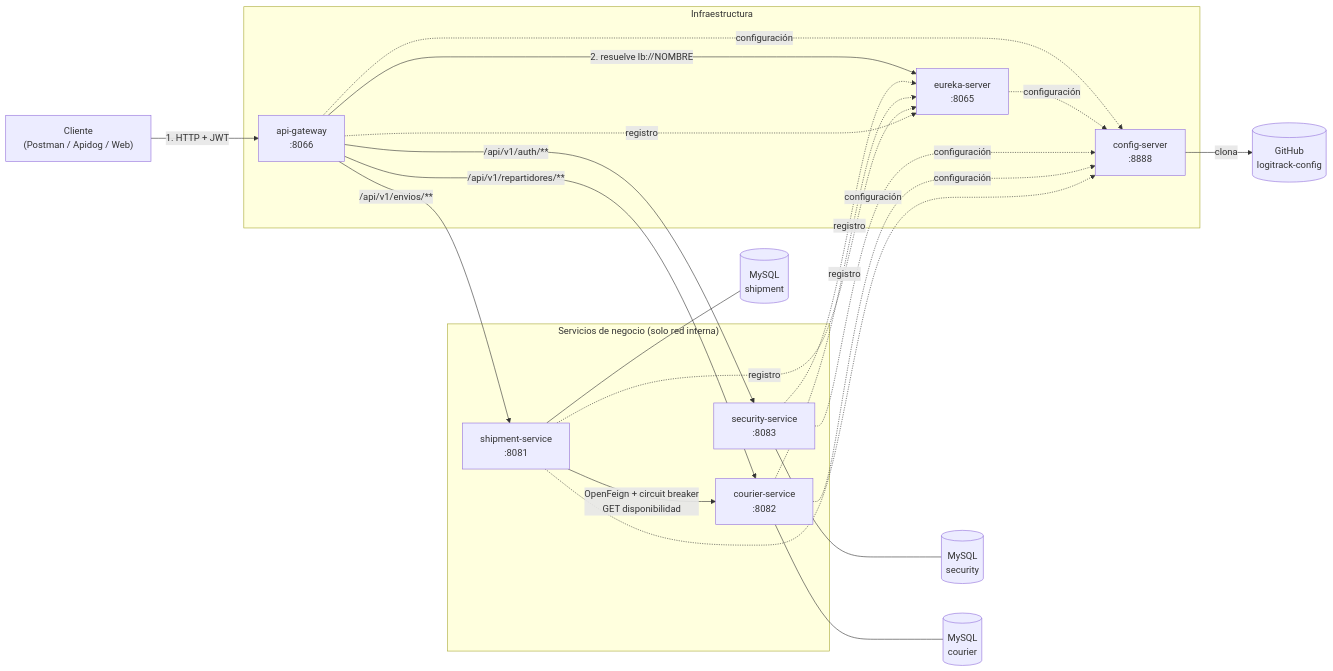
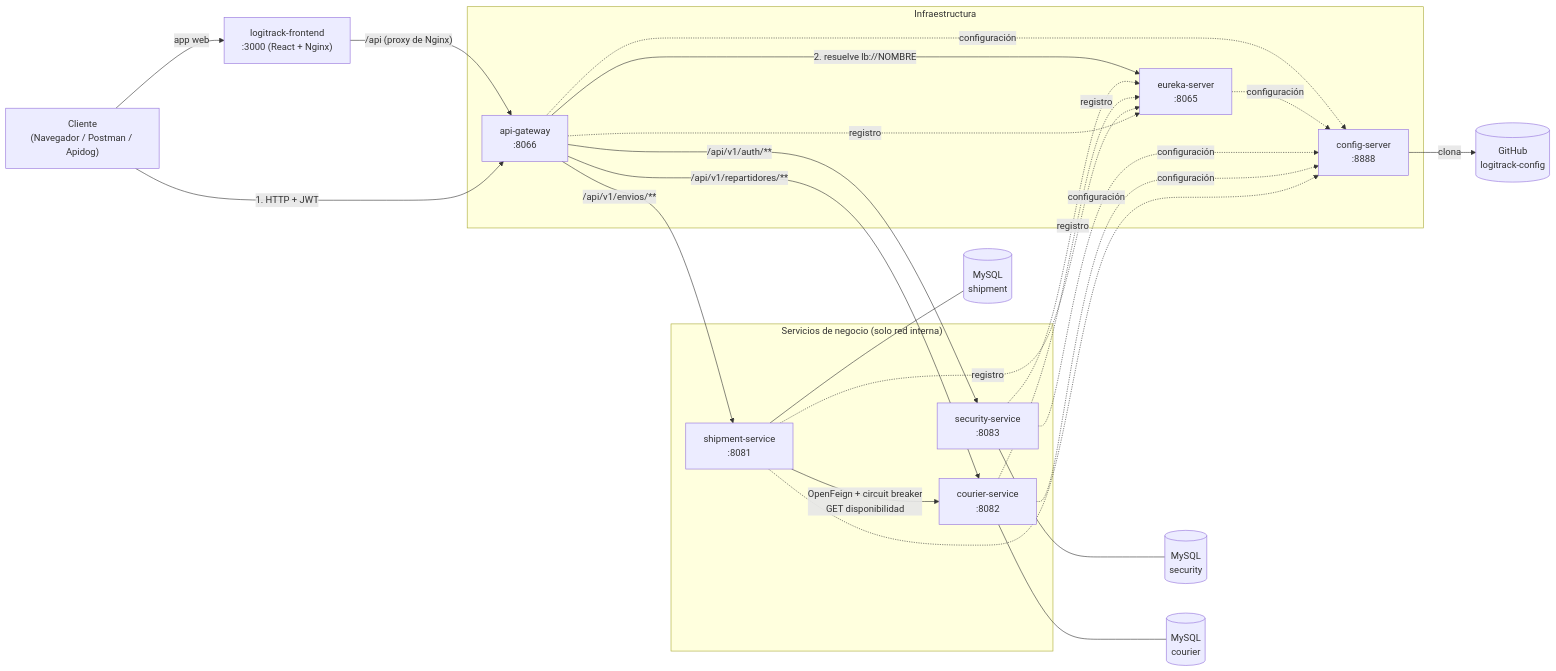
The diagram in README.md (Nexus-Juy/infra), drawn with Mermaid before and after one commit. The commit also changed other lines of this file and 9 other files, not shown here.

````diff
--- a/README.md
+++ b/README.md
@@ -26,44 +26,47 @@
 ```mermaid
 flowchart LR
-    Cliente["Cliente<br/>(Postman / Apidog / Web)"]
+    Cliente["Cliente<br/>(Navegador / Postman / Apidog)"]
+    WEB["logitrack-frontend<br/>:3000 (React + Nginx)"]
 
     subgraph Infra["Infraestructura"]
         GW["api-gateway<br/>:8066"]
         EU["eureka-server<br/>:8065"]
         CS["config-server<br/>:8888"]
     end
 
     subgraph Negocio["Servicios de negocio (solo red interna)"]
         SEC["security-service<br/>:8083"]
         COU["courier-service<br/>:8082"]
         SHI["shipment-service<br/>:8081"]
     end
 
     DBS[("MySQL<br/>security")]
     DBC[("MySQL<br/>courier")]
     DBH[("MySQL<br/>shipment")]
     GIT[("GitHub<br/>logitrack-config")]
 
+    Cliente -->|"app web"| WEB
+    WEB -->|"/api (proxy de Nginx)"| GW
     Cliente -->|"1. HTTP + JWT"| GW
     GW -->|"2. resuelve lb://NOMBRE"| EU
     GW -->|"/api/v1/auth/**"| SEC
     GW -->|"/api/v1/repartidores/**"| COU
     GW -->|"/api/v1/envios/**"| SHI
     SHI -->|"OpenFeign + circuit breaker<br/>GET disponibilidad"| COU
 
     SEC -.->|registro| EU
     COU -.->|registro| EU
     SHI -.->|registro| EU
     GW -.->|registro| EU
 
     CS -->|clona| GIT
     GW -.->|configuración| CS
     EU -.->|configuración| CS
     SEC -.->|configuración| CS
     COU -.->|configuración| CS
     SHI -.->|configuración| CS
 
     SEC --- DBS
     COU --- DBC
     SHI --- DBH
 ```
````
